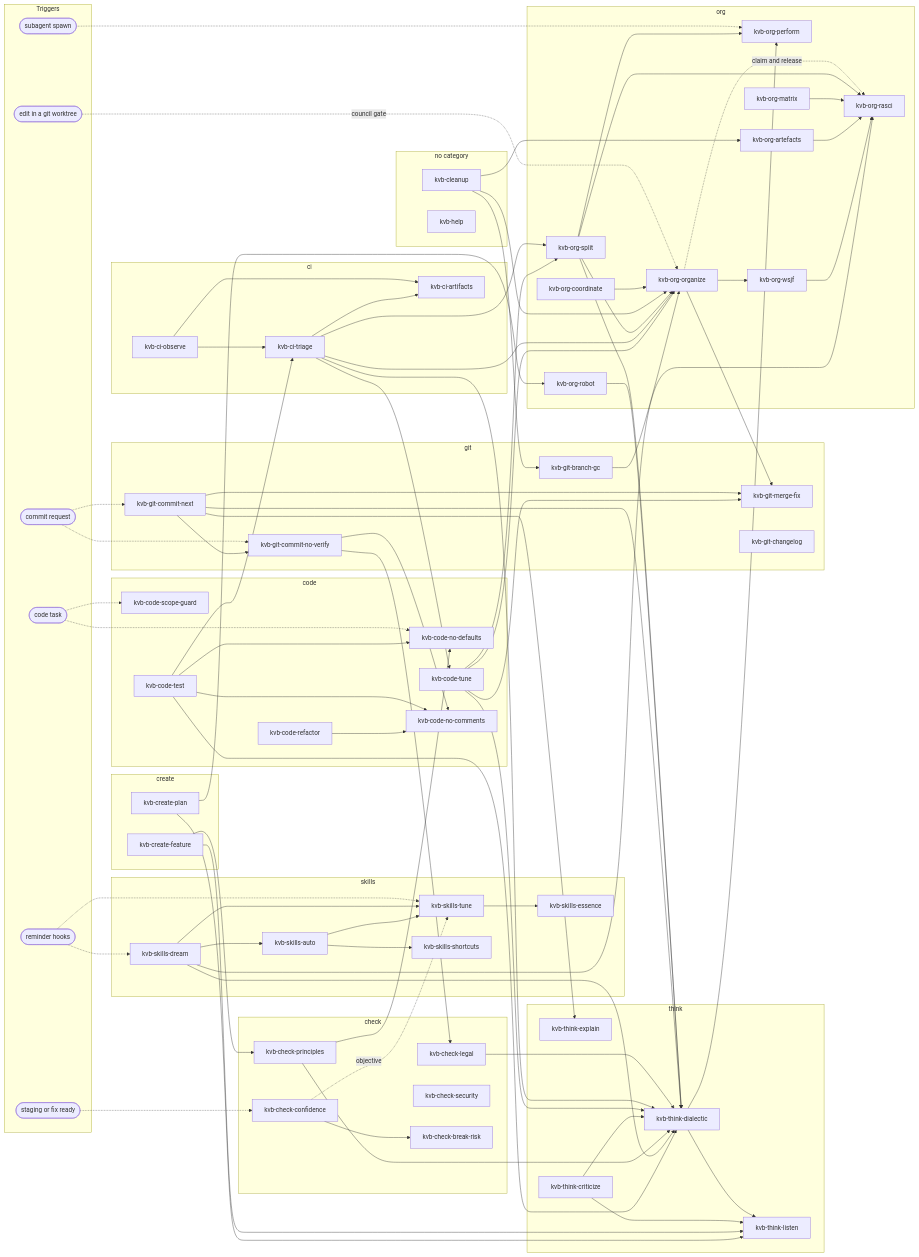
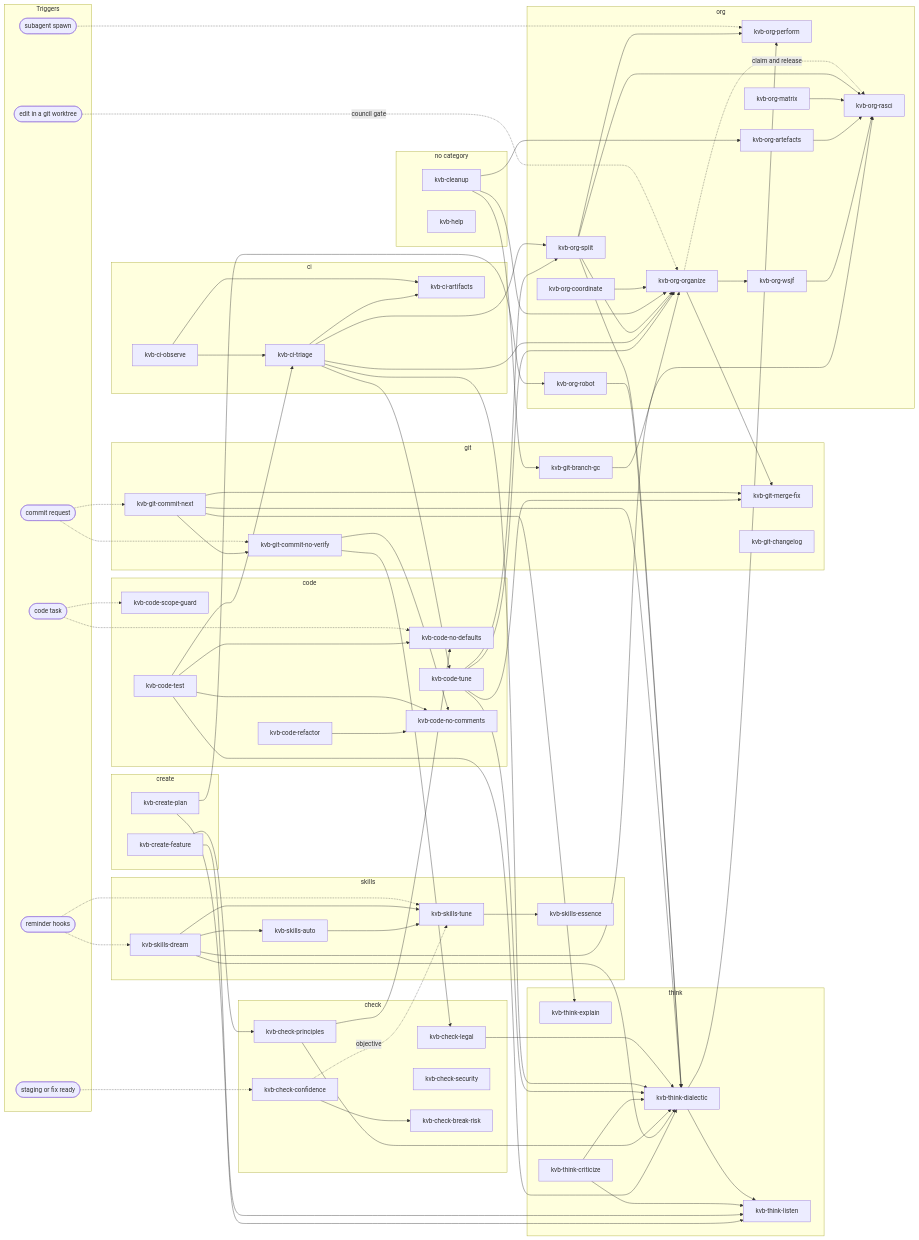
Before and after one commit to kevinveenbirkenbach/skills: the second of 2 diagrams in README.md, drawn with Mermaid. The commit also changed other lines of this file and 5 other files, not shown here.

First line of the commit message:
feat(skills)!: remove kvb-skills-shortcuts

```diff
--- a/README.md
+++ b/README.md
@@ -137,7 +136,6 @@
     autotune[kvb-skills-tune]
     autoskill[kvb-skills-auto]
     essence[kvb-skills-essence]
-    shortcuts[kvb-skills-shortcuts]
   end
   subgraph cat_none [no category]
     cleanup[kvb-cleanup]
@@ -210,7 +208,6 @@
   dream --> autotune
   dream --> autoskill
   autoskill --> autotune
-  autoskill --> shortcuts
   autotune --> essence
 
   test --> triage
```
